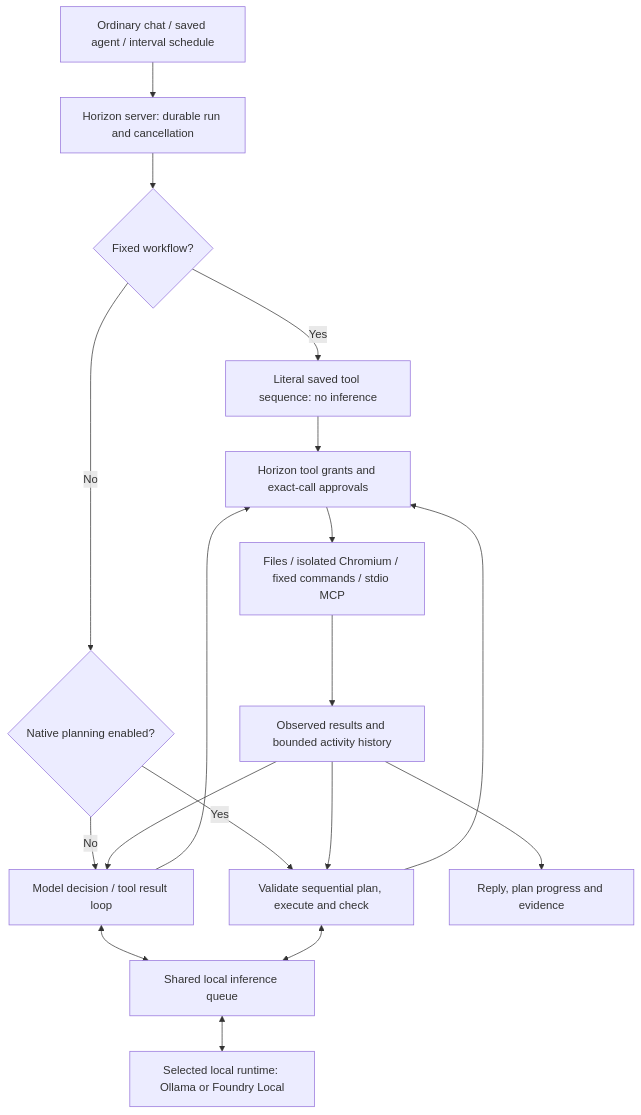
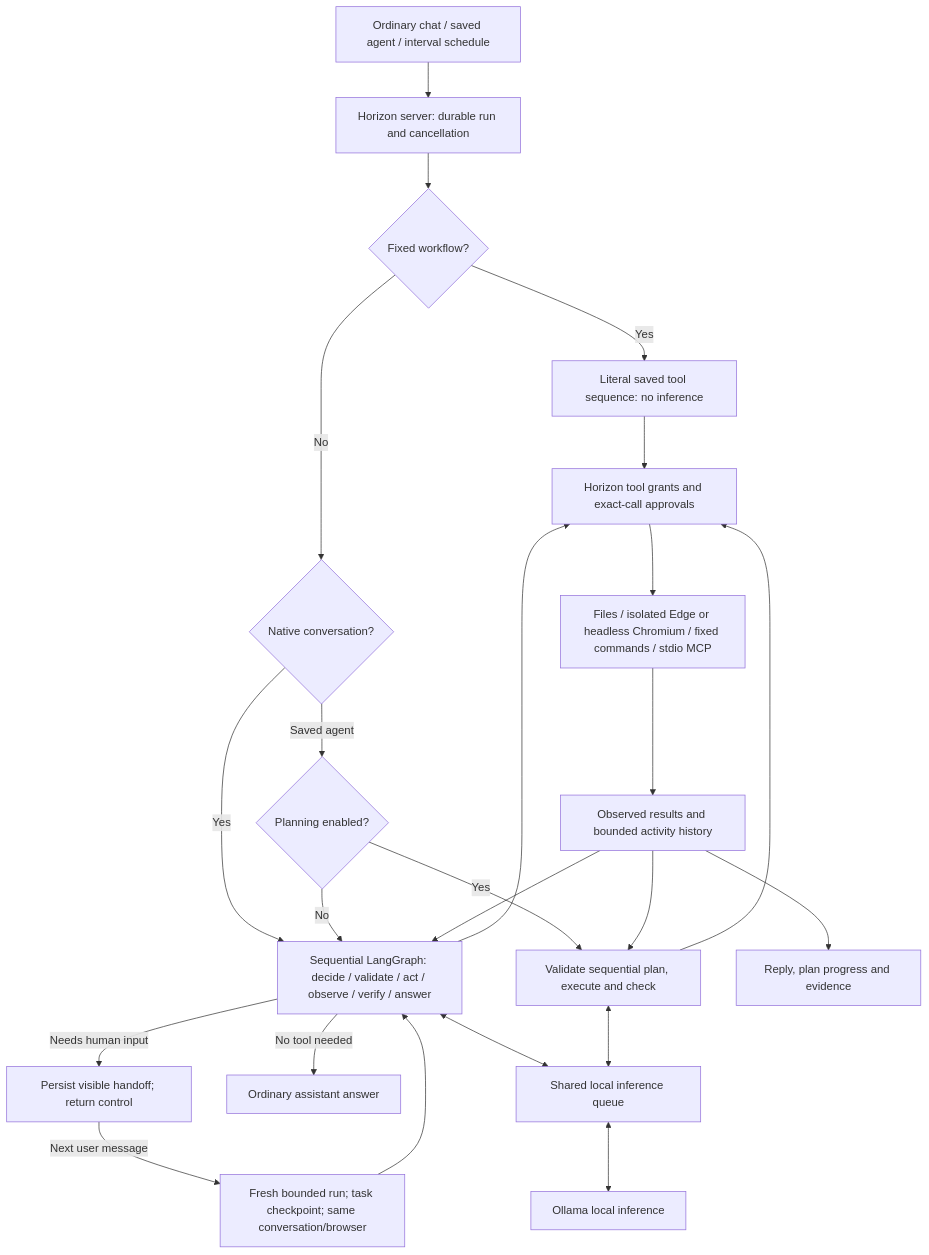
Before and after one commit to itstejaswi/horizon: the diagram in Vision/ARCHITECTURE.md, drawn with Mermaid. The commit also changed other lines of this file and 55 other files, not shown here.

First line of the commit message:
Wire Ollama-only inference and human-paced runtime continuity

````diff
--- a/Vision/ARCHITECTURE.md
+++ b/Vision/ARCHITECTURE.md
@@ -5,20 +5,26 @@
 ```mermaid
 flowchart TD
     Entry["Ordinary chat / saved agent / interval schedule"] --> Horizon["Horizon server: durable run and cancellation"]
     Horizon --> Route{"Fixed workflow?"}
     Route -->|Yes| Fixed["Literal saved tool sequence: no inference"]
-    Route -->|No| Native{"Native planning enabled?"}
-    Native -->|No| Loop["Model decision / tool result loop"]
+    Route -->|No| Conversation{"Native conversation?"}
+    Conversation -->|Yes| Loop["Sequential LangGraph: decide / validate / act / observe / verify / answer"]
+    Loop -->|Needs human input| Handoff["Persist visible handoff; return control"]
+    Handoff -->|Next user message| Resume["Fresh bounded run; task checkpoint; same conversation/browser"]
+    Resume --> Loop
+    Loop -->|No tool needed| Direct["Ordinary assistant answer"]
+    Conversation -->|Saved agent| Native{"Planning enabled?"}
+    Native -->|No| Loop
     Native -->|Yes| Plan["Validate sequential plan, execute and check"]
     Loop <--> Queue["Shared local inference queue"]
     Plan <--> Queue
-    Queue <--> Provider["Selected local runtime: Ollama or Foundry Local"]
+    Queue <--> Provider["Ollama local inference"]
     Fixed --> Gate["Horizon tool grants and exact-call approvals"]
     Loop --> Gate
     Plan --> Gate
-    Gate --> Tools["Files / isolated Chromium / fixed commands / stdio MCP"]
+    Gate --> Tools["Files / isolated Edge or headless Chromium / fixed commands / stdio MCP"]
     Tools --> Results["Observed results and bounded activity history"]
     Results --> Loop
     Results --> Plan
     Results --> UI["Reply, plan progress and evidence"]
 ```
````
